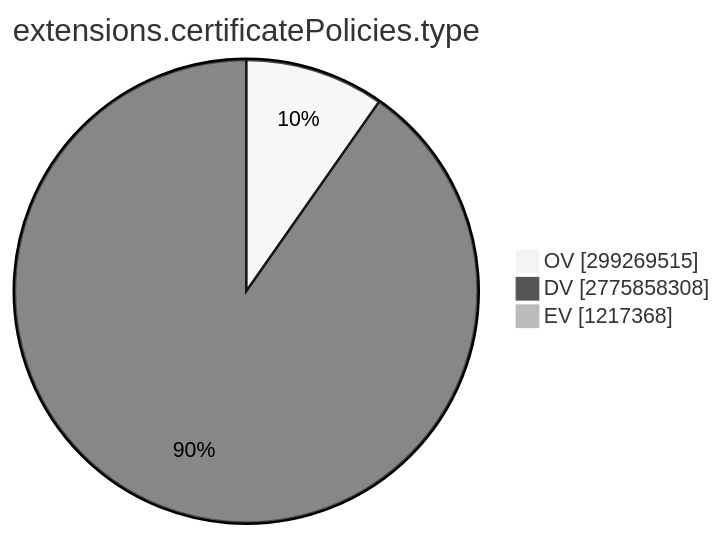
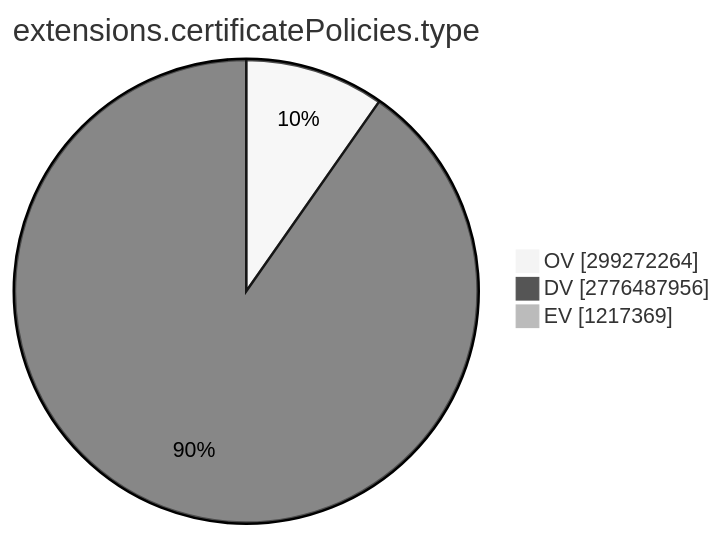
The ninth of 15 diagrams in TOTAL/README.md (christiankrug/ctmonitor_visualization), drawn with Mermaid (neutral theme) before and after one commit. The commit also changed other lines of this file, not shown here.

````diff
--- a/TOTAL/README.md
+++ b/TOTAL/README.md
@@ -3101,7 +3101,7 @@
 ```mermaid
 pie showData
 title extensions.certificatePolicies.type
-"OV" :299269515
-"DV" :2775858308
-"EV" :1217368
+"OV" :299272264
+"DV" :2776487956
+"EV" :1217369
 ```
````
